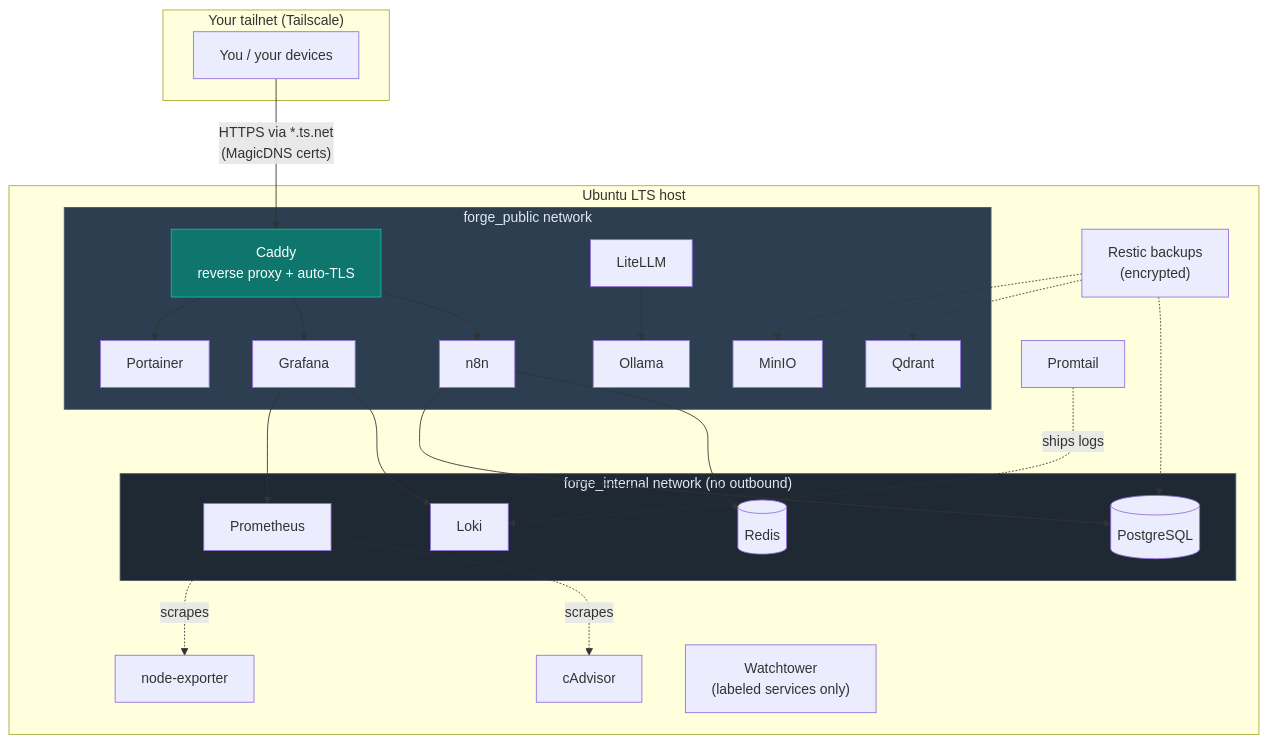
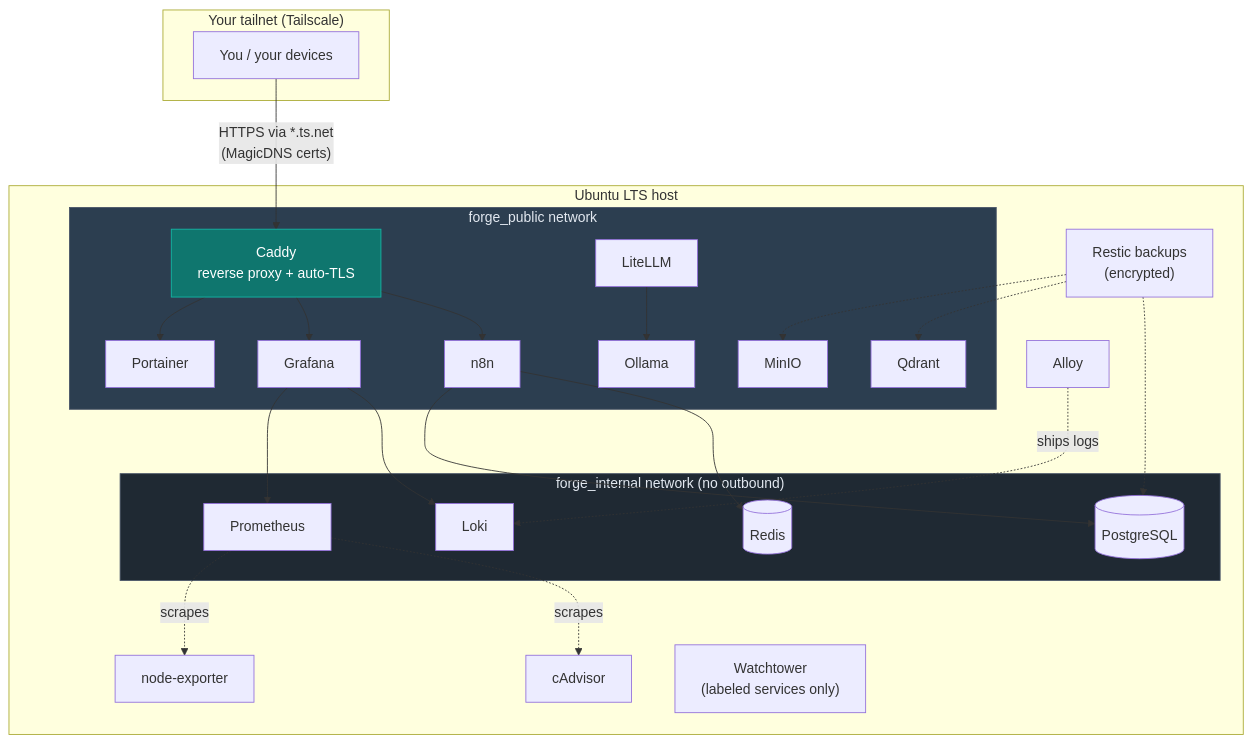
One commit to coderhisham/homeforge-lab changed the diagram in README.md. Above: the diagram before and after it, drawn with Mermaid. The commit also changed other lines of this file and 14 other files, not shown here.

````diff
--- a/README.md
+++ b/README.md
@@ -32,41 +32,41 @@
 ```mermaid
 flowchart TB
     subgraph tailnet["Your tailnet (Tailscale)"]
         user["You / your devices"]
     end
 
     user -->|"HTTPS via *.ts.net<br/>(MagicDNS certs)"| caddy
 
     subgraph host["Ubuntu LTS host"]
         subgraph pub["forge_public network"]
             caddy["Caddy<br/>reverse proxy + auto-TLS"]
             portainer["Portainer"]
             grafana["Grafana"]
             n8n["n8n"]
             minio["MinIO"]
             qdrant["Qdrant"]
             ollama["Ollama"]
             litellm["LiteLLM"]
         end
 
         subgraph int["forge_internal network (no outbound)"]
             postgres[("PostgreSQL")]
             redis[("Redis")]
             prometheus["Prometheus"]
             loki["Loki"]
         end
 
         caddy --> portainer & grafana & n8n
         n8n --> postgres & redis
         litellm --> ollama
         grafana --> prometheus & loki
         prometheus -.scrapes.-> nodeexp["node-exporter"] & cadvisor["cAdvisor"]
-        promtail["Promtail"] -.ships logs.-> loki
+        alloy["Alloy"] -.ships logs.-> loki
         watchtower["Watchtower<br/>(labeled services only)"]
         restic["Restic backups<br/>(encrypted)"] -.-> postgres & minio & qdrant
     end
 
     style int fill:#1f2933,stroke:#4a5568,color:#e2e8f0
     style pub fill:#2c3e50,stroke:#4a5568,color:#e2e8f0
     style caddy fill:#0f766e,stroke:#14b8a6,color:#fff
 ```
````
